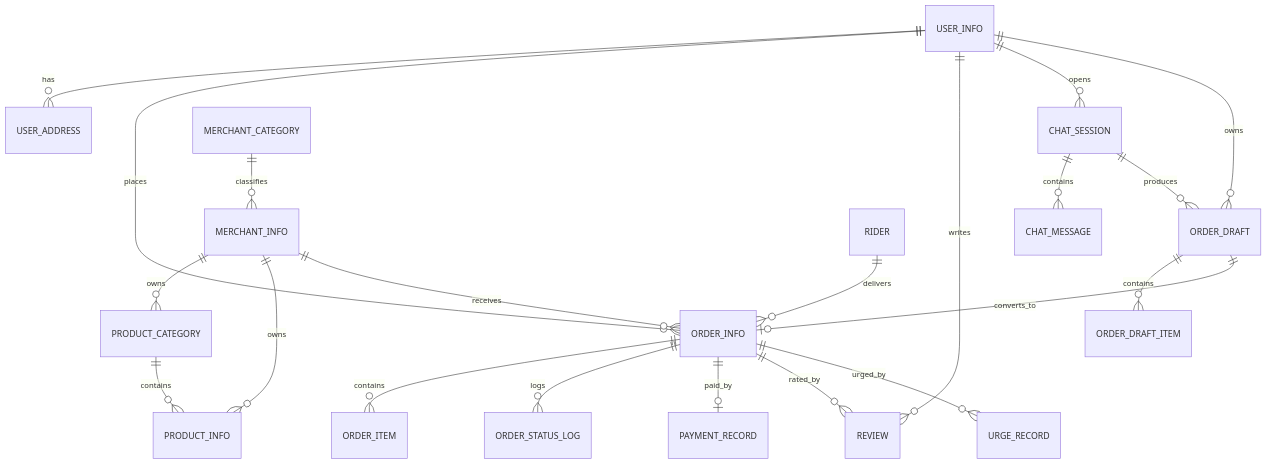
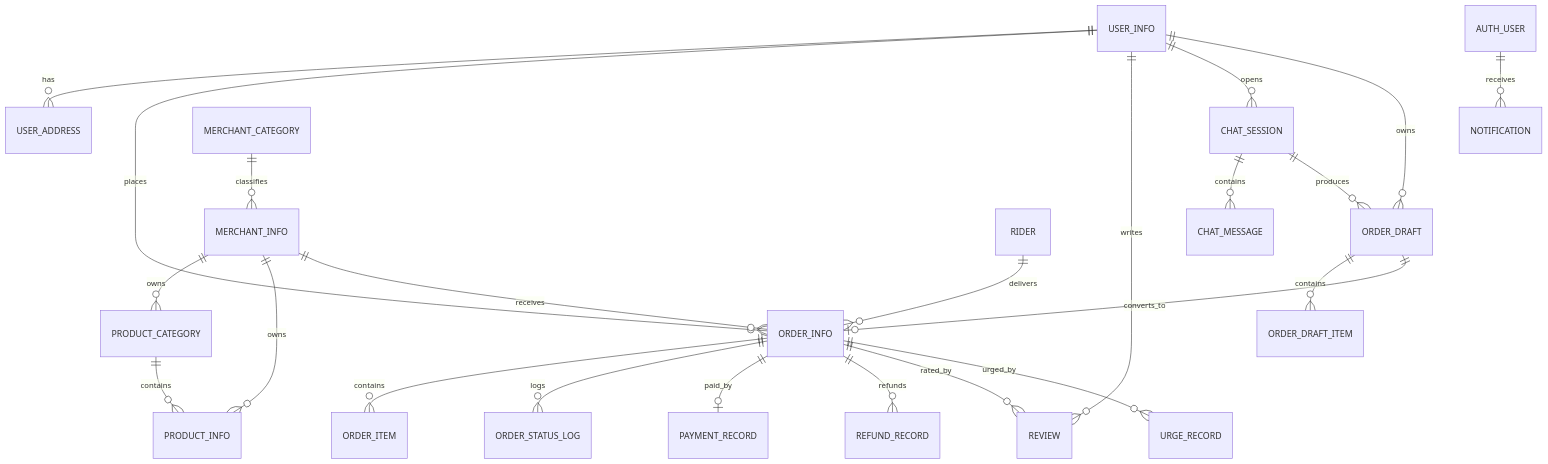
Before and after one commit to KeepRising-l/LuckTakeOut: the diagram in thesis-docs/03-系统设计.md, drawn with Mermaid. The commit also changed other lines of this file and 36 other files, not shown here.

````diff
--- a/thesis-docs/03-系统设计.md
+++ b/thesis-docs/03-系统设计.md
@@ -200,23 +212,25 @@
 ```mermaid
 erDiagram
     USER_INFO ||--o{ USER_ADDRESS : has
     USER_INFO ||--o{ ORDER_INFO : places
     USER_INFO ||--o{ REVIEW : writes
     USER_INFO ||--o{ CHAT_SESSION : opens
     USER_INFO ||--o{ ORDER_DRAFT : owns
     MERCHANT_CATEGORY ||--o{ MERCHANT_INFO : classifies
     MERCHANT_INFO ||--o{ PRODUCT_CATEGORY : owns
     MERCHANT_INFO ||--o{ PRODUCT_INFO : owns
     MERCHANT_INFO ||--o{ ORDER_INFO : receives
     PRODUCT_CATEGORY ||--o{ PRODUCT_INFO : contains
     ORDER_INFO ||--o{ ORDER_ITEM : contains
     ORDER_INFO ||--o{ ORDER_STATUS_LOG : logs
     ORDER_INFO ||--o| PAYMENT_RECORD : paid_by
+    ORDER_INFO ||--o{ REFUND_RECORD : refunds
     ORDER_INFO ||--o{ REVIEW : rated_by
     ORDER_INFO ||--o{ URGE_RECORD : urged_by
     RIDER ||--o{ ORDER_INFO : delivers
     CHAT_SESSION ||--o{ CHAT_MESSAGE : contains
     CHAT_SESSION ||--o{ ORDER_DRAFT : produces
     ORDER_DRAFT ||--o{ ORDER_DRAFT_ITEM : contains
     ORDER_DRAFT ||--o| ORDER_INFO : converts_to
+    AUTH_USER ||--o{ NOTIFICATION : receives
 ```
````
